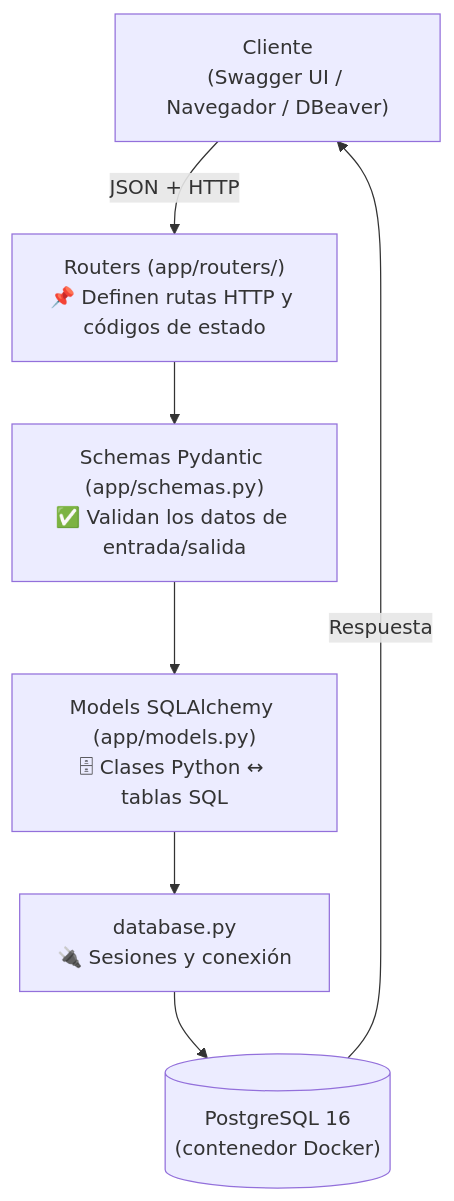
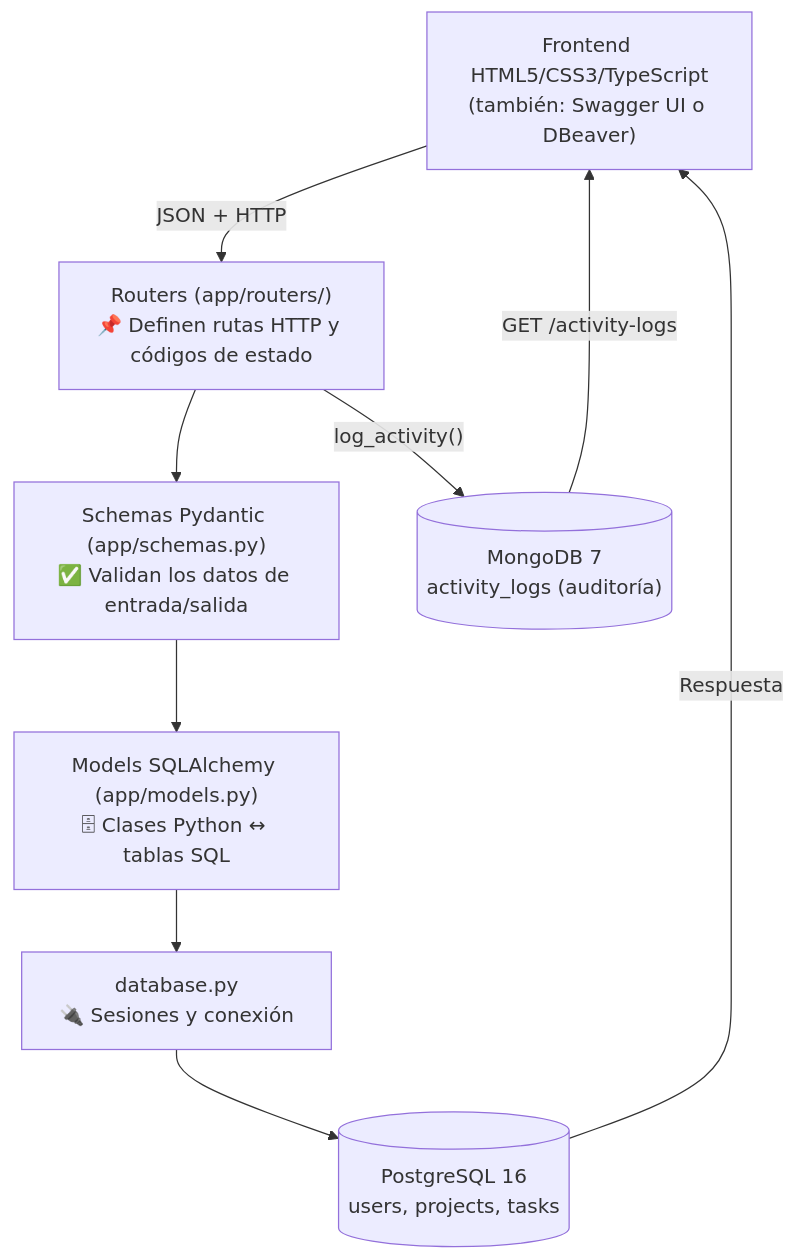
One commit to Wasoner/taskflow-api changed the first of 2 diagrams in README.md. Above: the diagram before and after it, drawn with Mermaid. The commit also changed other lines of this file and 17 other files, not shown here.

Commit message:
Fase 4: MongoDB (auditoría) + frontend HTML5/CSS3/TypeScript

````diff
--- a/README.md
+++ b/README.md
@@ -39,16 +42,19 @@
 ```mermaid
 flowchart TB
-    Client["Cliente<br/>(Swagger UI / Navegador / DBeaver)"]
+    Client["Frontend HTML5/CSS3/TypeScript<br/>(también: Swagger UI o DBeaver)"]
     Router["Routers (app/routers/)<br/>📌 Definen rutas HTTP y códigos de estado"]
     Schema["Schemas Pydantic (app/schemas.py)<br/>✅ Validan los datos de entrada/salida"]
     Model["Models SQLAlchemy (app/models.py)<br/>🗄 Clases Python ↔ tablas SQL"]
     DB["database.py<br/>🔌 Sesiones y conexión"]
-    PG[("PostgreSQL 16<br/>(contenedor Docker)")]
+    PG[("PostgreSQL 16<br/>users, projects, tasks")]
+    Mongo[("MongoDB 7<br/>activity_logs (auditoría)")]
 
     Client -->|"JSON + HTTP"| Router
     Router --> Schema
     Schema --> Model
     Model --> DB
     DB --> PG
+    Router -->|"log_activity()"| Mongo
     PG -->|"Respuesta"| Client
+    Mongo -->|"GET /activity-logs"| Client
 ```
````
